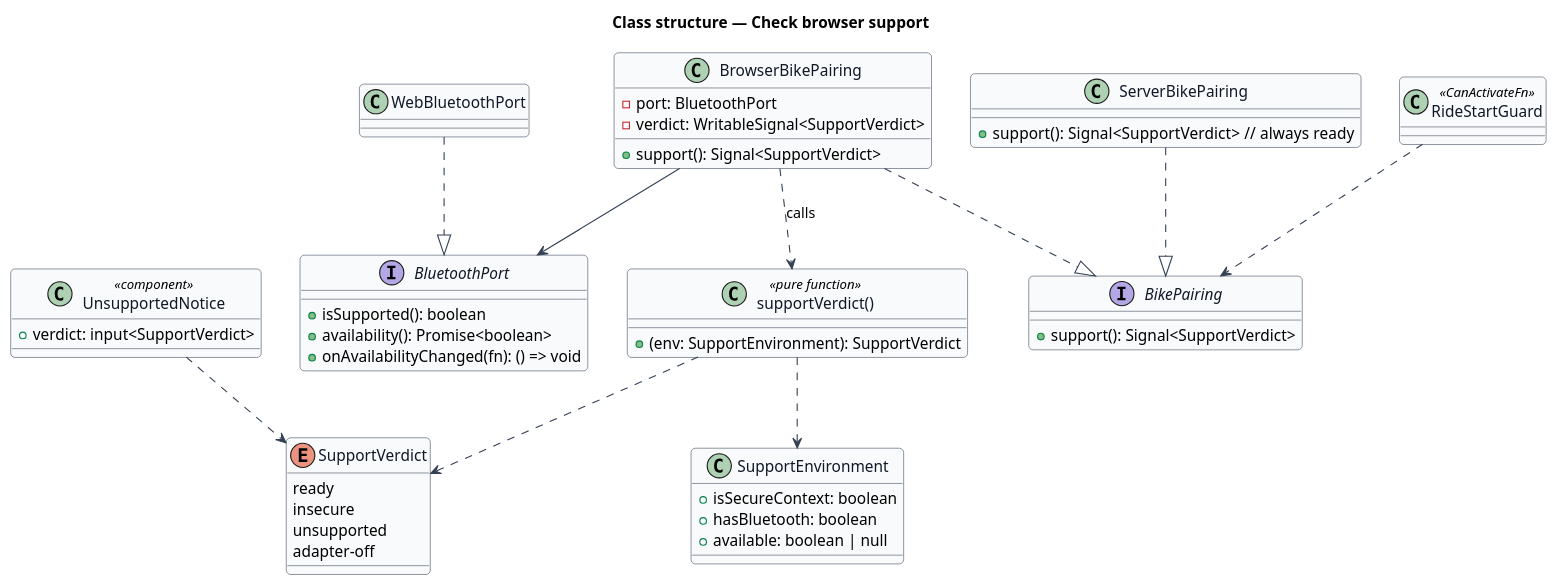
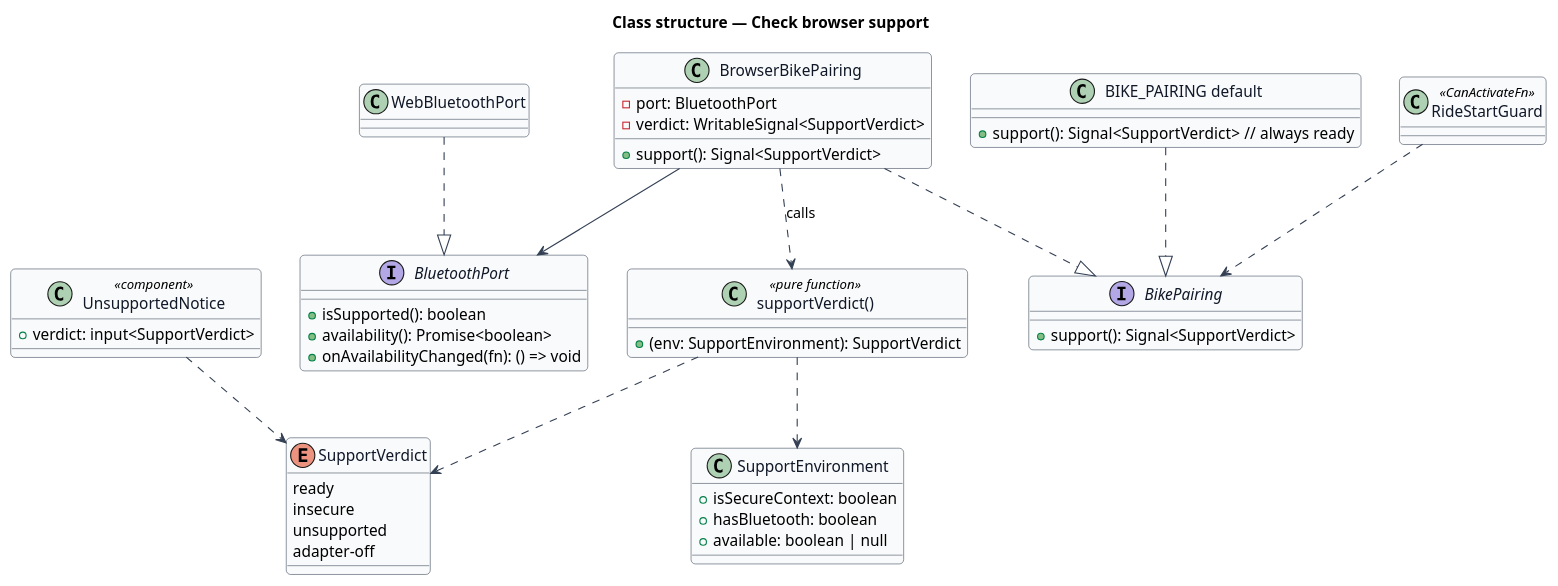
Before and after one commit to QuinntyneBrown/ride-one: the diagram in docs/detailed-designs/browser-edition/check-browser-support/diagrams/class-structure.puml, drawn with PlantUML. The commit also changed 38 other files, not shown here.

```diff
--- a/docs/detailed-designs/browser-edition/check-browser-support/diagrams/class-structure.puml
+++ b/docs/detailed-designs/browser-edition/check-browser-support/diagrams/class-structure.puml
@@ -1,59 +1,59 @@
 @startuml
 skinparam backgroundColor #FFFFFF
 skinparam shadowing false
 skinparam roundcorner 8
 skinparam defaultFontName Arial
 skinparam ArrowColor #344054
 skinparam class {
   BorderColor #344054
   FontColor #101828
   BackgroundColor #F9FAFB
 }
 title Class structure — Check browser support
 
 enum SupportVerdict {
   ready
   insecure
   unsupported
   adapter-off
 }
 class SupportEnvironment {
   +isSecureContext: boolean
   +hasBluetooth: boolean
   +available: boolean | null
 }
 class "supportVerdict()" as fn <<pure function>> {
   +(env: SupportEnvironment): SupportVerdict
 }
 interface BluetoothPort {
   +isSupported(): boolean
   +availability(): Promise<boolean>
   +onAvailabilityChanged(fn): () => void
 }
 class WebBluetoothPort
 interface BikePairing {
   +support(): Signal<SupportVerdict>
 }
 class BrowserBikePairing {
   -port: BluetoothPort
   -verdict: WritableSignal<SupportVerdict>
   +support(): Signal<SupportVerdict>
 }
-class ServerBikePairing {
+class "BIKE_PAIRING default" as ServerBikePairing {
   +support(): Signal<SupportVerdict>  // always ready
 }
 class UnsupportedNotice <<component>> {
   +verdict: input<SupportVerdict>
 }
 class RideStartGuard <<CanActivateFn>>
 
 WebBluetoothPort ..|> BluetoothPort
 BrowserBikePairing ..|> BikePairing
 ServerBikePairing ..|> BikePairing
 BrowserBikePairing --> BluetoothPort
 BrowserBikePairing ..> fn : calls
 fn ..> SupportEnvironment
 fn ..> SupportVerdict
 RideStartGuard ..> BikePairing
 UnsupportedNotice ..> SupportVerdict
 @enduml
```
